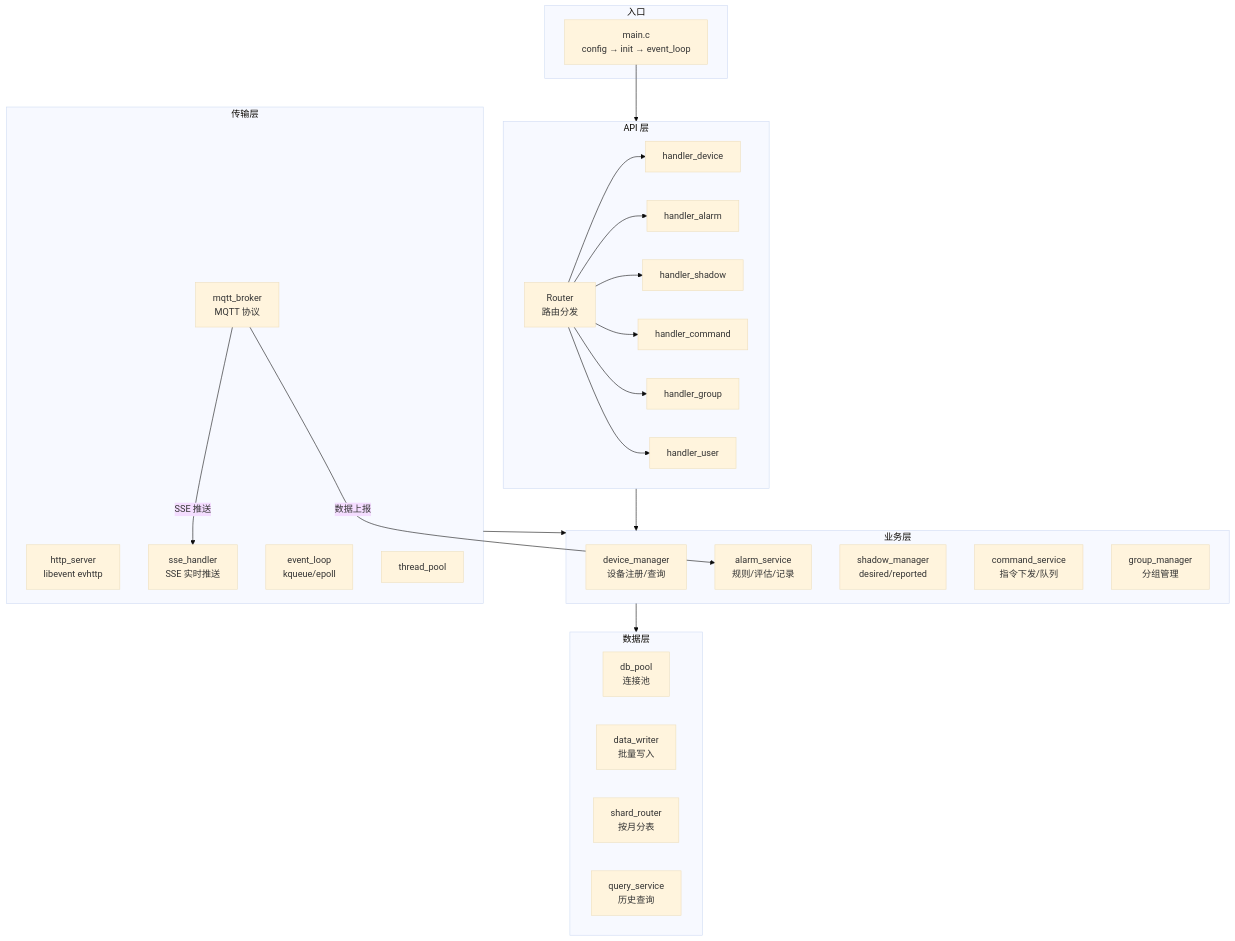
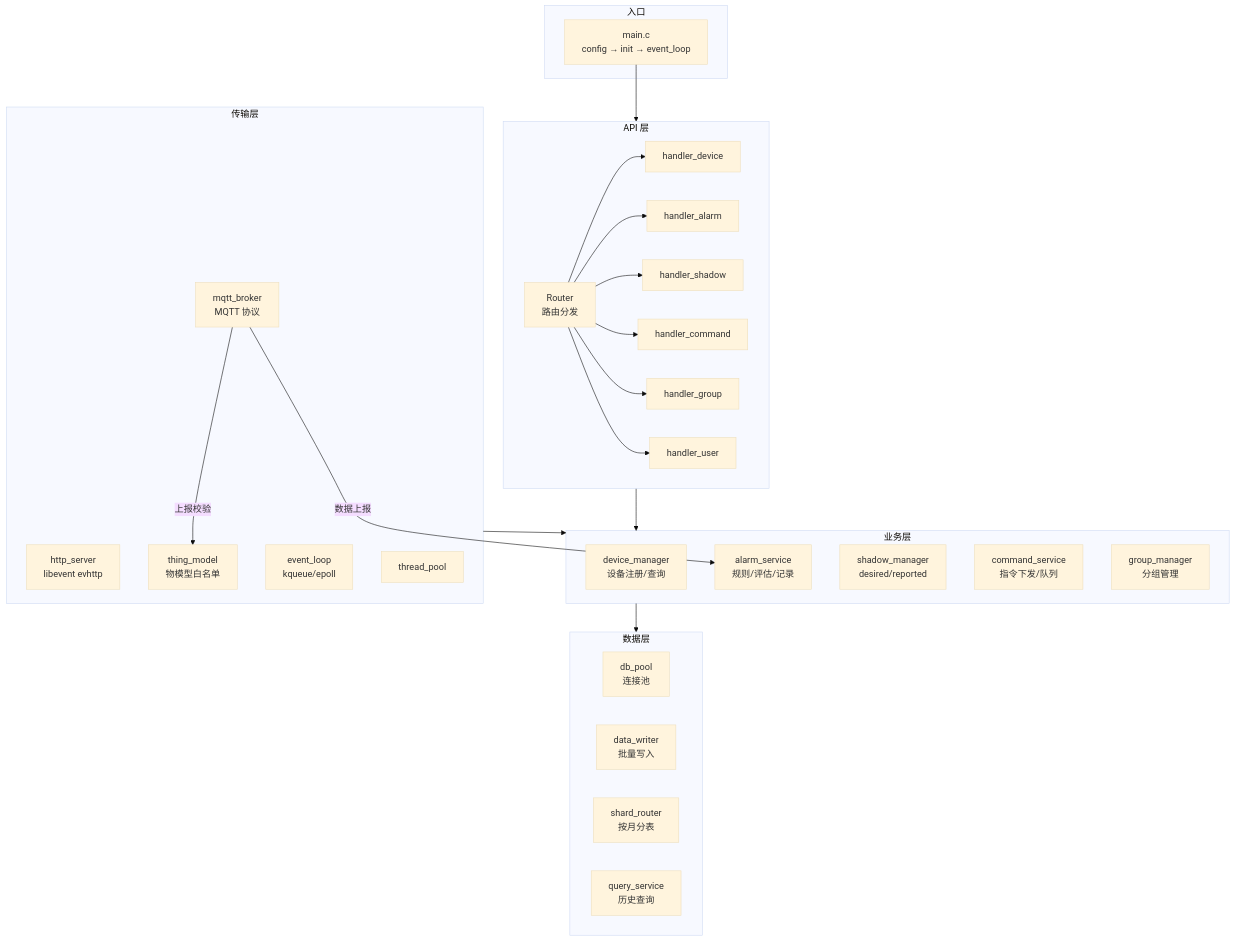
Before and after one commit to Lab0x-Embedded/iotsystem: the fifth of 8 diagrams in docs/E2_架构图集.md, drawn with Mermaid (base theme). The commit also changed other lines of this file and 6 other files, not shown here.

Commit message:
docs: 全量对齐当前实现 — MQTT 协议 v3(白名单/OneJSON/踢线/QoS1)、API 补 product/prop_*/query_latest、ER 补 product_properties、技术方案与架构图集移除虚构 SSE、新增 KNOWN_ISSUES 审计清单

````diff
--- a/docs/E2_架构图集.md
+++ b/docs/E2_架构图集.md
@@ -144,47 +141,47 @@
 ```mermaid
 graph TB
     subgraph Entry["入口"]
         MAIN["main.c<br/>config → init → event_loop"]
     end
 
     subgraph API["API 层"]
         ROUTER["Router<br/>路由分发"]
         H_DEV["handler_device"]
         H_ALARM["handler_alarm"]
         H_SHADOW["handler_shadow"]
         H_CMD["handler_command"]
         H_GRP["handler_group"]
         H_USER["handler_user"]
         ROUTER --> H_DEV & H_ALARM & H_SHADOW & H_CMD & H_GRP & H_USER
     end
 
     subgraph Business["业务层"]
         DEV_MGR["device_manager<br/>设备注册/查询"]
         ALARM_SVC["alarm_service<br/>规则/评估/记录"]
         SHADOW_MGR["shadow_manager<br/>desired/reported"]
         CMD_SVC["command_service<br/>指令下发/队列"]
         GRP_MGR["group_manager<br/>分组管理"]
     end
 
     subgraph Transport["传输层"]
         MQTT_BRK["mqtt_broker<br/>MQTT 协议"]
         HTTP_SRV["http_server<br/>libevent evhttp"]
-        SSE_HDL["sse_handler<br/>SSE 实时推送"]
+        TM2["thing_model<br/>物模型白名单"]
         EV_LOOP["event_loop<br/>kqueue/epoll"]
         TH_POOL["thread_pool"]
     end
 
     subgraph DataL["数据层"]
         DB_POOL["db_pool<br/>连接池"]
         DATA_W["data_writer<br/>批量写入"]
         SHARD_R["shard_router<br/>按月分表"]
         QUERY_S["query_service<br/>历史查询"]
     end
 
     MAIN --> API
     API --> Business
     Business --> DataL
     Transport --> Business
     MQTT_BRK -->|"数据上报"| ALARM_SVC
-    MQTT_BRK -->|"SSE 推送"| SSE_HDL
+    MQTT_BRK -->|"上报校验"| TM2
 ```
````
